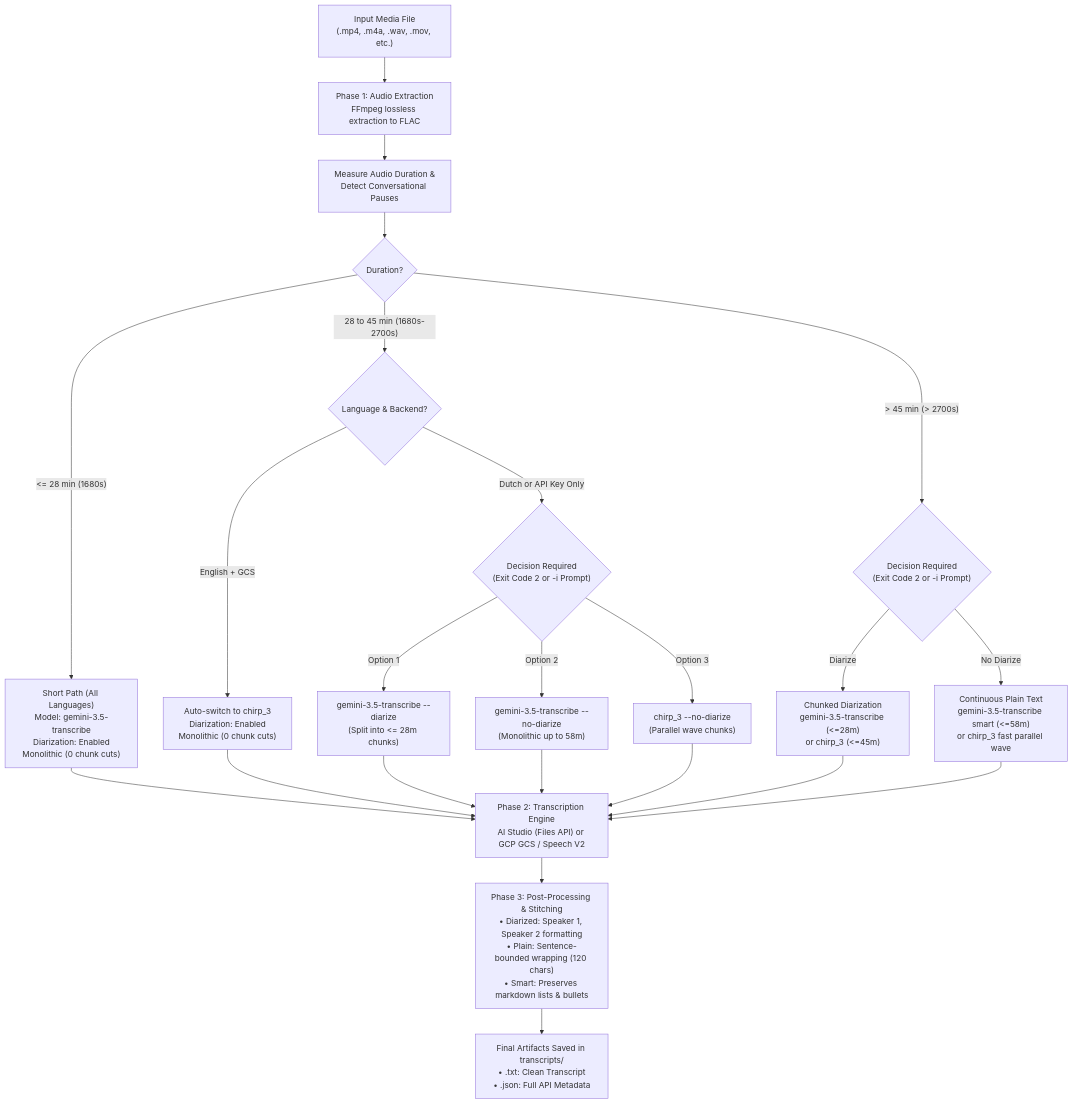
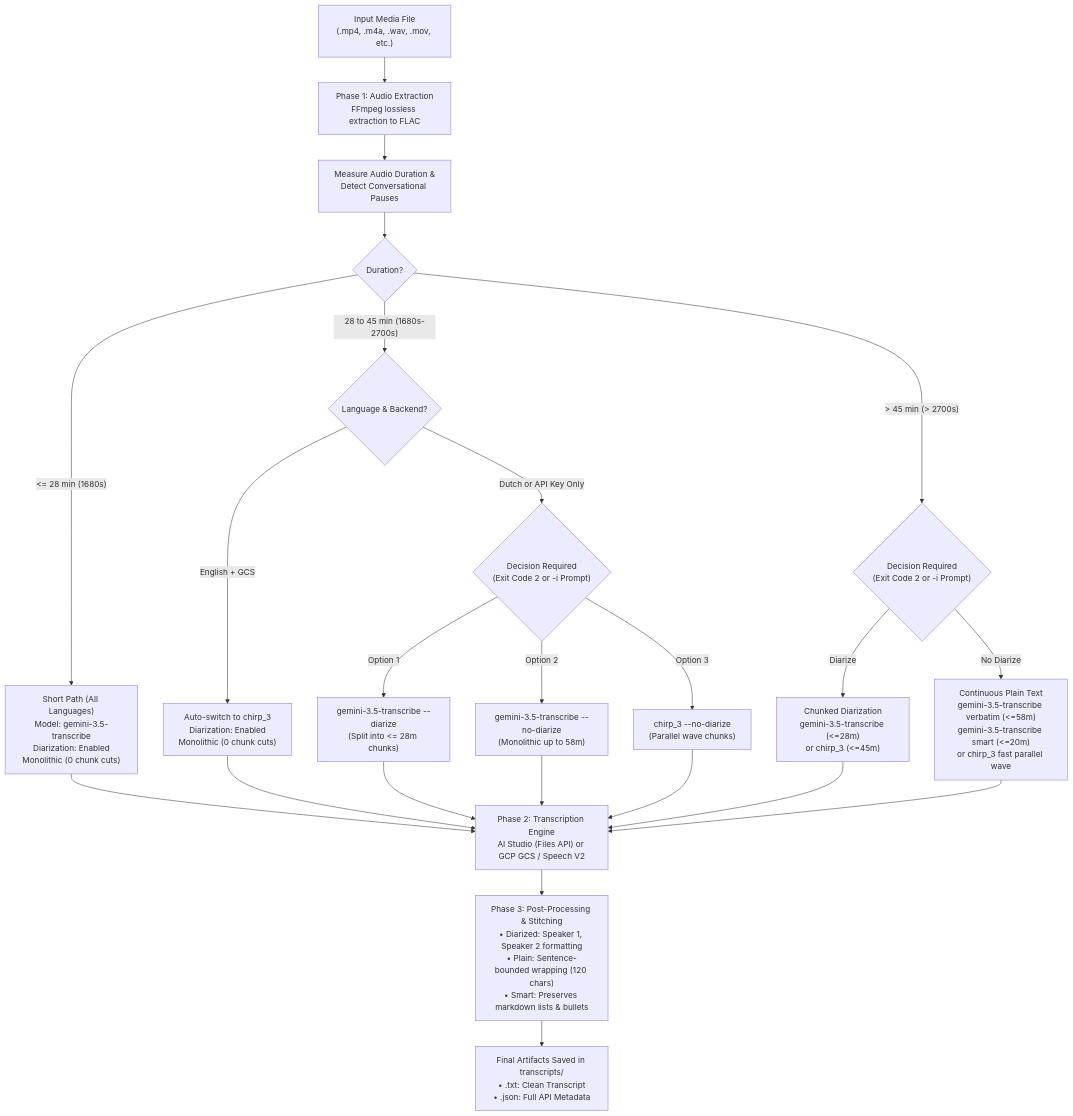
Before and after one commit to marketing-engineers/gcp-meeting-transcriber: the diagram in README.md, drawn with Mermaid. The commit also changed other lines of this file and 2 other files, not shown here.

First line of the commit message:
Update docs and settings with Gemini smart mode limits and code-switching

````diff
--- a/README.md
+++ b/README.md
@@ -133,35 +134,35 @@
 ```mermaid
 flowchart TD
     A["Input Media File<br/>(.mp4, .m4a, .wav, .mov, etc.)"] --> B["Phase 1: Audio Extraction<br/>FFmpeg lossless extraction to FLAC"]
     B --> C["Measure Audio Duration &<br/>Detect Conversational Pauses"]
     
     C --> D{"Duration?"}
     
     %% Short Path
     D -->|"<= 28 min (1680s)"| E["Short Path (All Languages)<br/>Model: gemini-3.5-transcribe<br/>Diarization: Enabled<br/>Monolithic (0 chunk cuts)"]
     
     %% Medium Path
     D -->|"28 to 45 min (1680s-2700s)"| F{"Language & Backend?"}
     F -->|"English + GCS"| G["Auto-switch to chirp_3<br/>Diarization: Enabled<br/>Monolithic (0 chunk cuts)"]
     F -->|"Dutch or API Key Only"| H{"Decision Required<br/>(Exit Code 2 or -i Prompt)"}
     H -->|"Option 1"| I["gemini-3.5-transcribe --diarize<br/>(Split into <= 28m chunks)"]
     H -->|"Option 2"| J["gemini-3.5-transcribe --no-diarize<br/>(Monolithic up to 58m)"]
     H -->|"Option 3"| K["chirp_3 --no-diarize<br/>(Parallel wave chunks)"]
     
     %% Long Path
     D -->|"> 45 min (> 2700s)"| L{"Decision Required<br/>(Exit Code 2 or -i Prompt)"}
     L -->|"Diarize"| M["Chunked Diarization<br/>gemini-3.5-transcribe (<=28m)<br/>or chirp_3 (<=45m)"]
-    L -->|"No Diarize"| N["Continuous Plain Text<br/>gemini-3.5-transcribe smart (<=58m)<br/>or chirp_3 fast parallel wave"]
+    L -->|"No Diarize"| N["Continuous Plain Text<br/>gemini-3.5-transcribe verbatim (<=58m)<br/>gemini-3.5-transcribe smart (<=20m)<br/>or chirp_3 fast parallel wave"]
     
     E --> O["Phase 2: Transcription Engine<br/>AI Studio (Files API) or GCP GCS / Speech V2"]
     G --> O
     I --> O
     J --> O
     K --> O
     M --> O
     N --> O
     
     O --> P["Phase 3: Post-Processing & Stitching<br/>• Diarized: Speaker 1, Speaker 2 formatting<br/>• Plain: Sentence-bounded wrapping (120 chars)<br/>• Smart: Preserves markdown lists & bullets"]
     
     P --> Q["Final Artifacts Saved in transcripts/<br/>• .txt: Clean Transcript<br/>• .json: Full API Metadata"]
 ```
````
